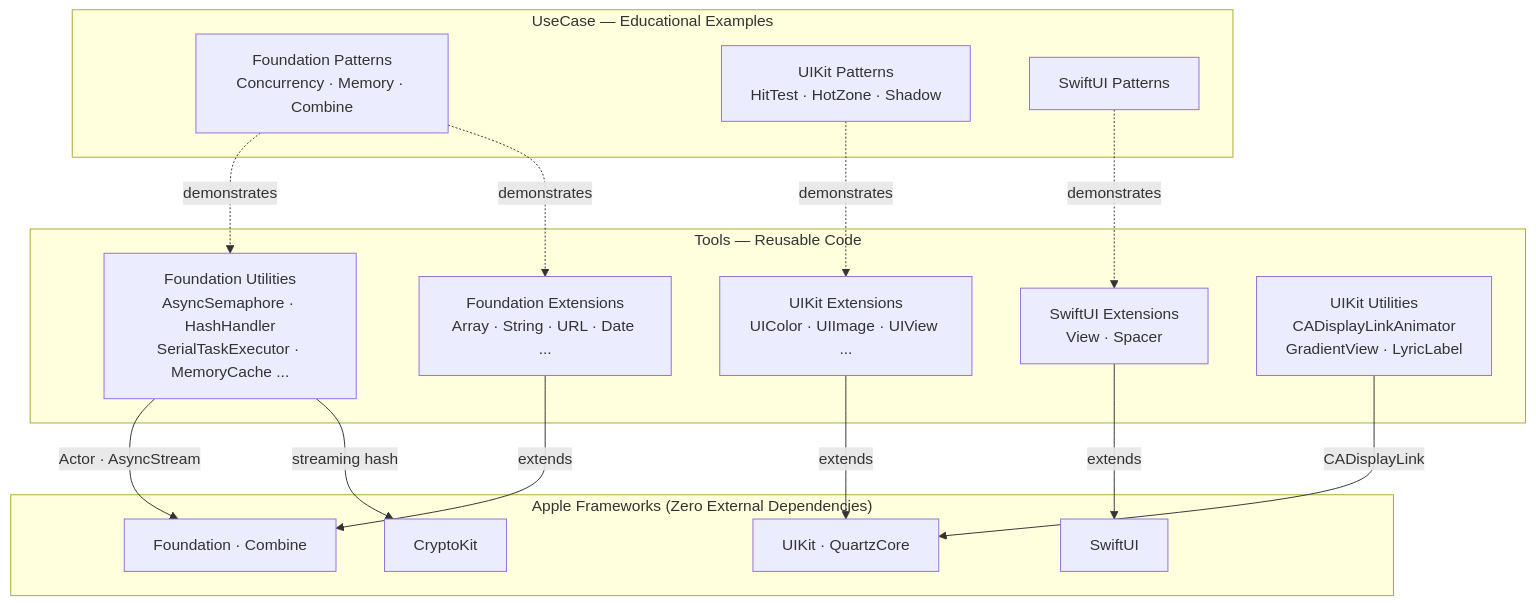
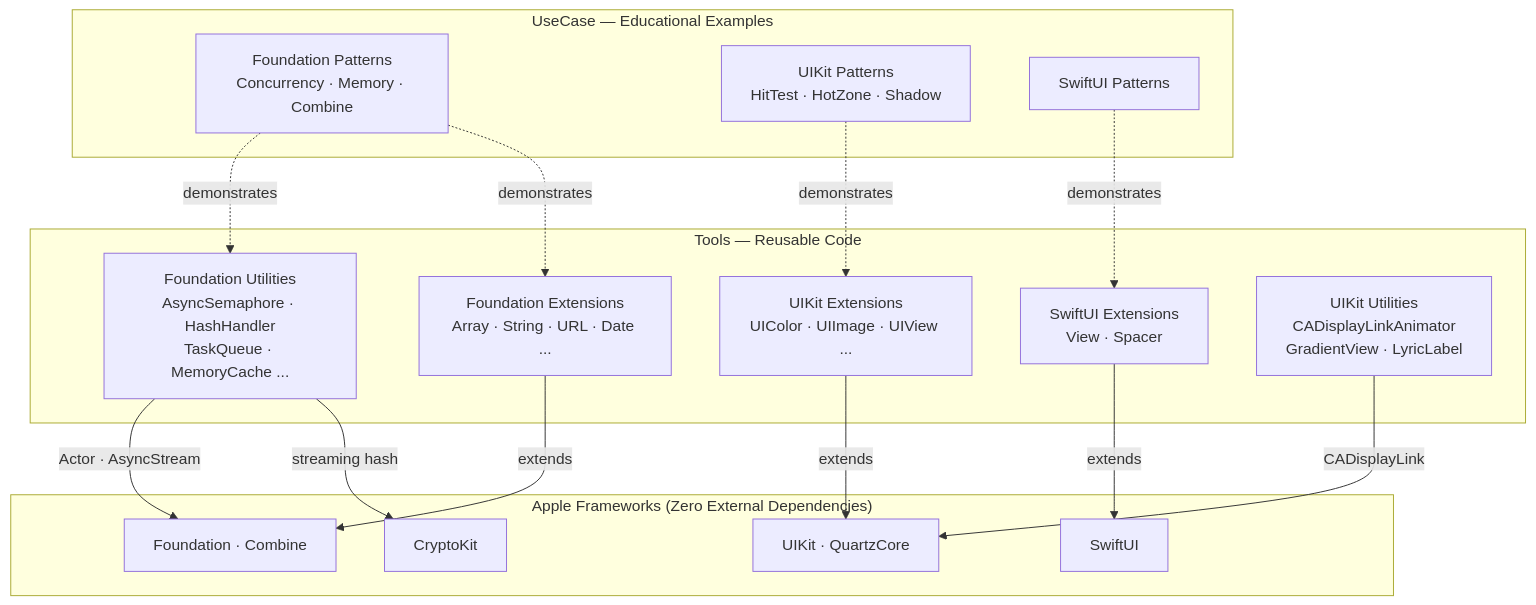
The diagram in README.md (yuman07/SwiftCodeBook), drawn with Mermaid before and after one commit. The commit also changed other lines of this file and 4 other files, not shown here.

First line of the commit message:
Add concurrency limits and barriers to TaskQueue

````diff
--- a/README.md
+++ b/README.md
@@ -247,35 +280,35 @@
 ```mermaid
 graph TD
     subgraph Tools["Tools — Reusable Code"]
         FndExt["Foundation Extensions<br/>Array · String · URL · Date ..."]
         UIKExt["UIKit Extensions<br/>UIColor · UIImage · UIView ..."]
         SUIExt["SwiftUI Extensions<br/>View · Spacer"]
-        FndUtil["Foundation Utilities<br/>AsyncSemaphore · HashHandler<br/>SerialTaskExecutor · MemoryCache ..."]
+        FndUtil["Foundation Utilities<br/>AsyncSemaphore · HashHandler<br/>TaskQueue · MemoryCache ..."]
         UIUtil["UIKit Utilities<br/>CADisplayLinkAnimator<br/>GradientView · LyricLabel"]
     end
 
     subgraph UseCase["UseCase — Educational Examples"]
         FndUC["Foundation Patterns<br/>Concurrency · Memory · Combine"]
         UIKUC["UIKit Patterns<br/>HitTest · HotZone · Shadow"]
         SUIUC["SwiftUI Patterns"]
     end
 
     subgraph Frameworks["Apple Frameworks (Zero External Dependencies)"]
         Fnd["Foundation · Combine"]
         UK["UIKit · QuartzCore"]
         SU["SwiftUI"]
         CK["CryptoKit"]
     end
 
     FndExt -->|"extends"| Fnd
     FndUtil -->|"Actor · AsyncStream"| Fnd
     FndUtil -->|"streaming hash"| CK
     UIKExt -->|"extends"| UK
     UIUtil -->|"CADisplayLink"| UK
     SUIExt -->|"extends"| SU
 
     FndUC -.->|"demonstrates"| FndUtil
     FndUC -.->|"demonstrates"| FndExt
     UIKUC -.->|"demonstrates"| UIKExt
     SUIUC -.->|"demonstrates"| SUIExt
 ```
````
